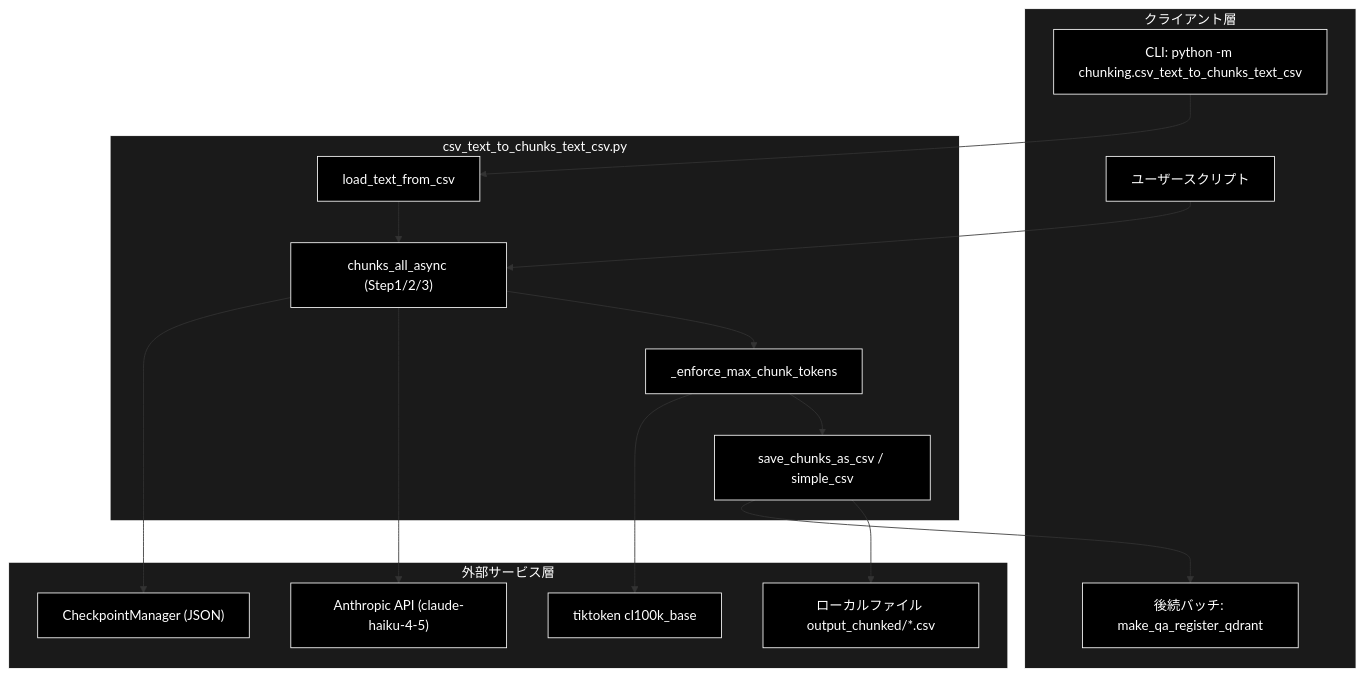
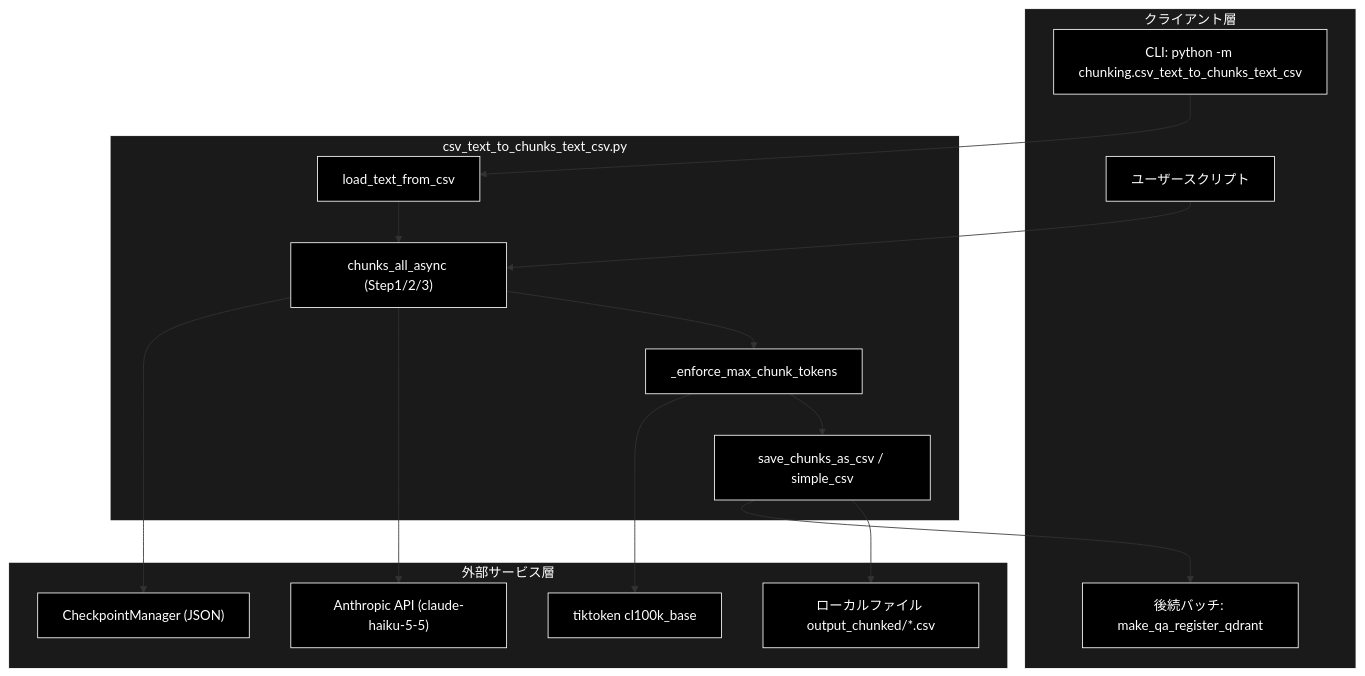
Before and after one commit to nakashima2toshio/grace_v2: the first of 3 diagrams in chunking/docs/csv_text_to_chunks_text_csv.md, drawn with Mermaid. The commit also changed other lines of this file and 53 other files, not shown here.

First line of the commit message:
feat(model): 軽量モデルを Claude Haiku 5.5 へ切り替える

````diff
--- a/chunking/docs/csv_text_to_chunks_text_csv.md
+++ b/chunking/docs/csv_text_to_chunks_text_csv.md
@@ -75,39 +75,39 @@
 ```mermaid
 flowchart TB
     subgraph CLIENT["クライアント層"]
         CLI["CLI: python -m chunking.csv_text_to_chunks_text_csv"]
         PIPE["後続バッチ: make_qa_register_qdrant"]
         USER["ユーザースクリプト"]
     end
 
     subgraph MODULE["csv_text_to_chunks_text_csv.py"]
         LOAD["load_text_from_csv"]
         PIPELINE["chunks_all_async (Step1/2/3)"]
         ENFORCE["_enforce_max_chunk_tokens"]
         SAVE["save_chunks_as_csv / simple_csv"]
     end
 
     subgraph EXTERNAL["外部サービス層"]
-        LLM["Anthropic API (claude-haiku-4-5)"]
+        LLM["Anthropic API (claude-haiku-5-5)"]
         TIKTOKEN["tiktoken cl100k_base"]
         FS["ローカルファイル output_chunked/*.csv"]
         CKPT["CheckpointManager (JSON)"]
     end
 
     CLI --> LOAD
     USER --> PIPELINE
     LOAD --> PIPELINE
     PIPELINE --> ENFORCE
     ENFORCE --> SAVE
     PIPELINE --> LLM
     PIPELINE --> CKPT
     ENFORCE --> TIKTOKEN
     SAVE --> FS
     SAVE --> PIPE
 classDef default fill:#000,stroke:#fff,color:#fff
 classDef subgraphStyle fill:#1a1a1a,stroke:#fff,color:#fff
 class CLI,PIPE,USER,LOAD,PIPELINE,ENFORCE,SAVE,LLM,TIKTOKEN,FS,CKPT default
 style CLIENT fill:#1a1a1a,stroke:#fff,color:#fff
 style MODULE fill:#1a1a1a,stroke:#fff,color:#fff
 style EXTERNAL fill:#1a1a1a,stroke:#fff,color:#fff
 ```
````
